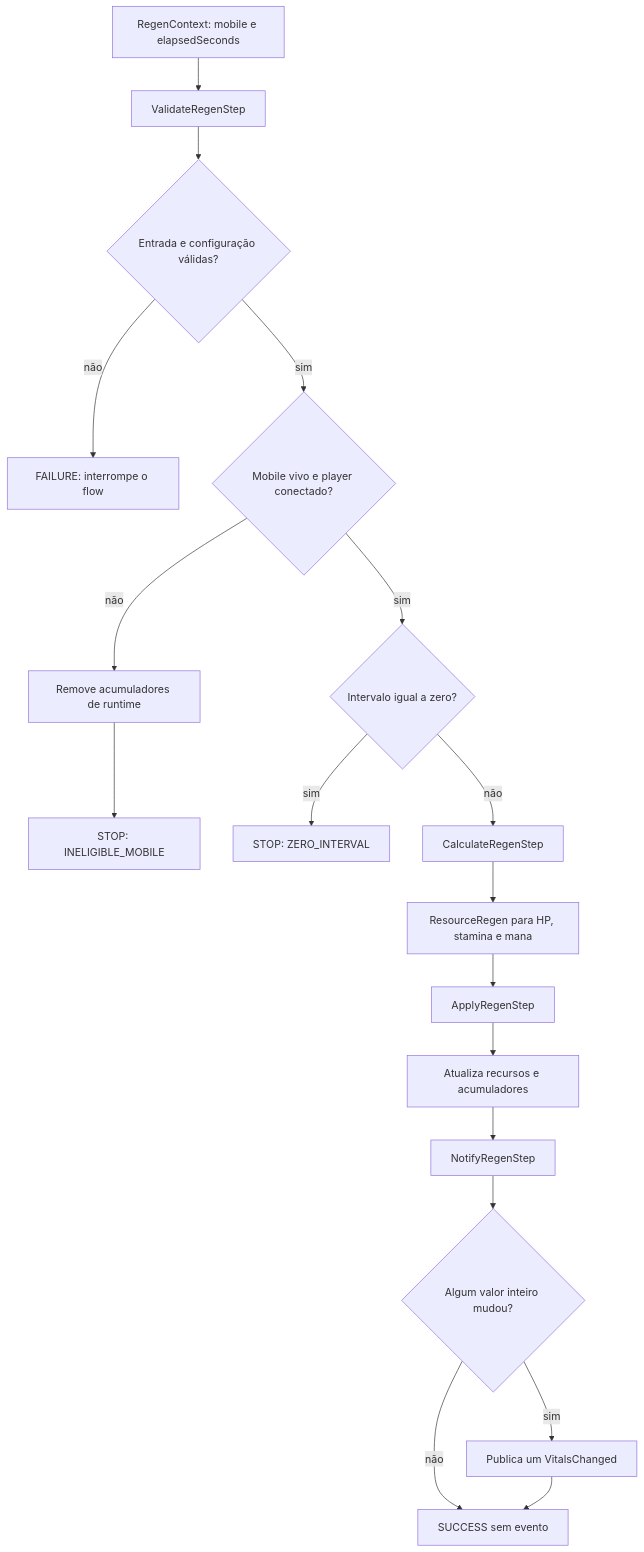
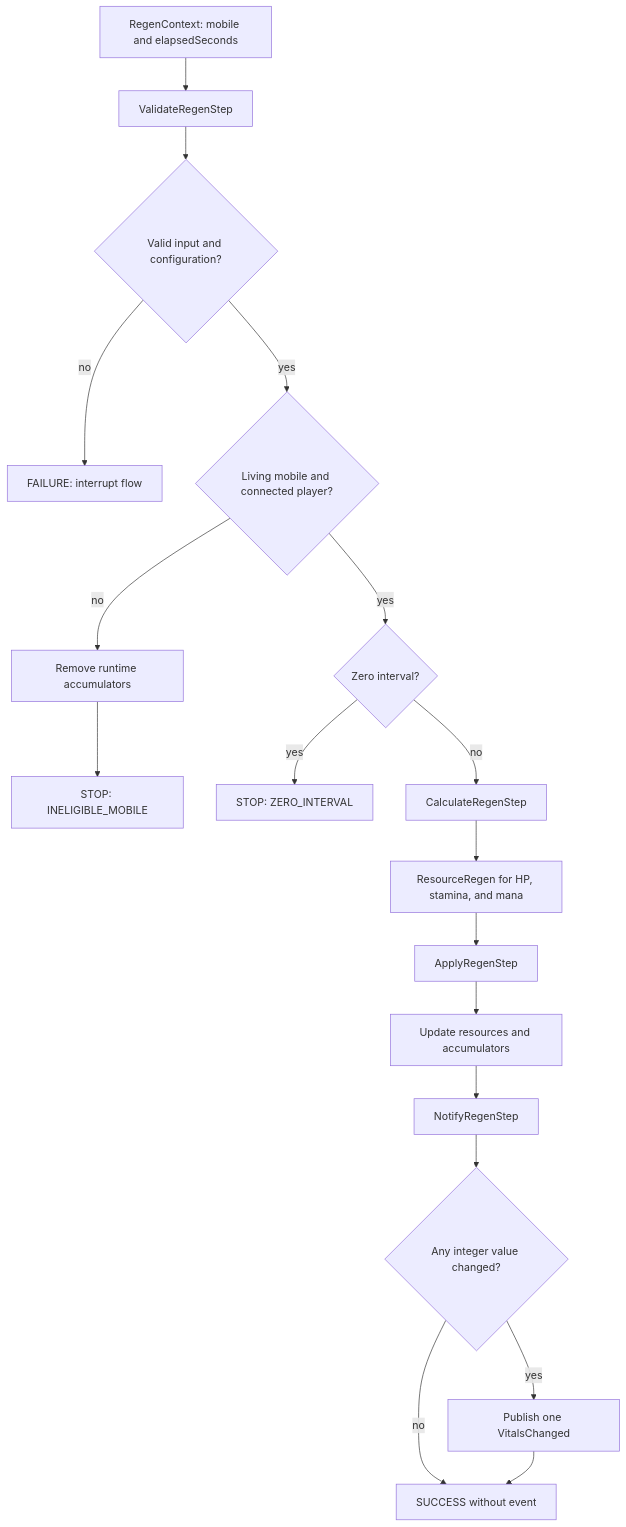
The second of 3 diagrams in docs/vitals.md (mayconr/juoforge-server), drawn with Mermaid before and after one commit. The commit also changed other lines of this file and 97 other files, not shown here.

````diff
--- a/docs/vitals.md
+++ b/docs/vitals.md
@@ -62,20 +62,20 @@
 ```mermaid
 flowchart TD
-    Start[RegenContext: mobile e elapsedSeconds] --> Validate[ValidateRegenStep]
-    Validate --> Invalid{Entrada e configuração válidas?}
-    Invalid -->|não| Fail[FAILURE: interrompe o flow]
-    Invalid -->|sim| Eligible{Mobile vivo e player conectado?}
-    Eligible -->|não| Clear[Remove acumuladores de runtime]
+    Start[RegenContext: mobile and elapsedSeconds] --> Validate[ValidateRegenStep]
+    Validate --> Invalid{Valid input and configuration?}
+    Invalid -->|no| Fail[FAILURE: interrupt flow]
+    Invalid -->|yes| Eligible{Living mobile and connected player?}
+    Eligible -->|no| Clear[Remove runtime accumulators]
     Clear --> Ineligible[STOP: INELIGIBLE_MOBILE]
-    Eligible -->|sim| Zero{Intervalo igual a zero?}
-    Zero -->|sim| Stop[STOP: ZERO_INTERVAL]
-    Zero -->|não| Calculate[CalculateRegenStep]
-    Calculate --> Plans[ResourceRegen para HP, stamina e mana]
+    Eligible -->|yes| Zero{Zero interval?}
+    Zero -->|yes| Stop[STOP: ZERO_INTERVAL]
+    Zero -->|no| Calculate[CalculateRegenStep]
+    Calculate --> Plans[ResourceRegen for HP, stamina, and mana]
     Plans --> Apply[ApplyRegenStep]
-    Apply --> State[Atualiza recursos e acumuladores]
+    Apply --> State[Update resources and accumulators]
     State --> Notify[NotifyRegenStep]
-    Notify --> Changed{Algum valor inteiro mudou?}
-    Changed -->|sim| Event[Publica um VitalsChanged]
-    Changed -->|não| Success[SUCCESS sem evento]
+    Notify --> Changed{Any integer value changed?}
+    Changed -->|yes| Event[Publish one VitalsChanged]
+    Changed -->|no| Success[SUCCESS without event]
     Event --> Success
 ```
````
